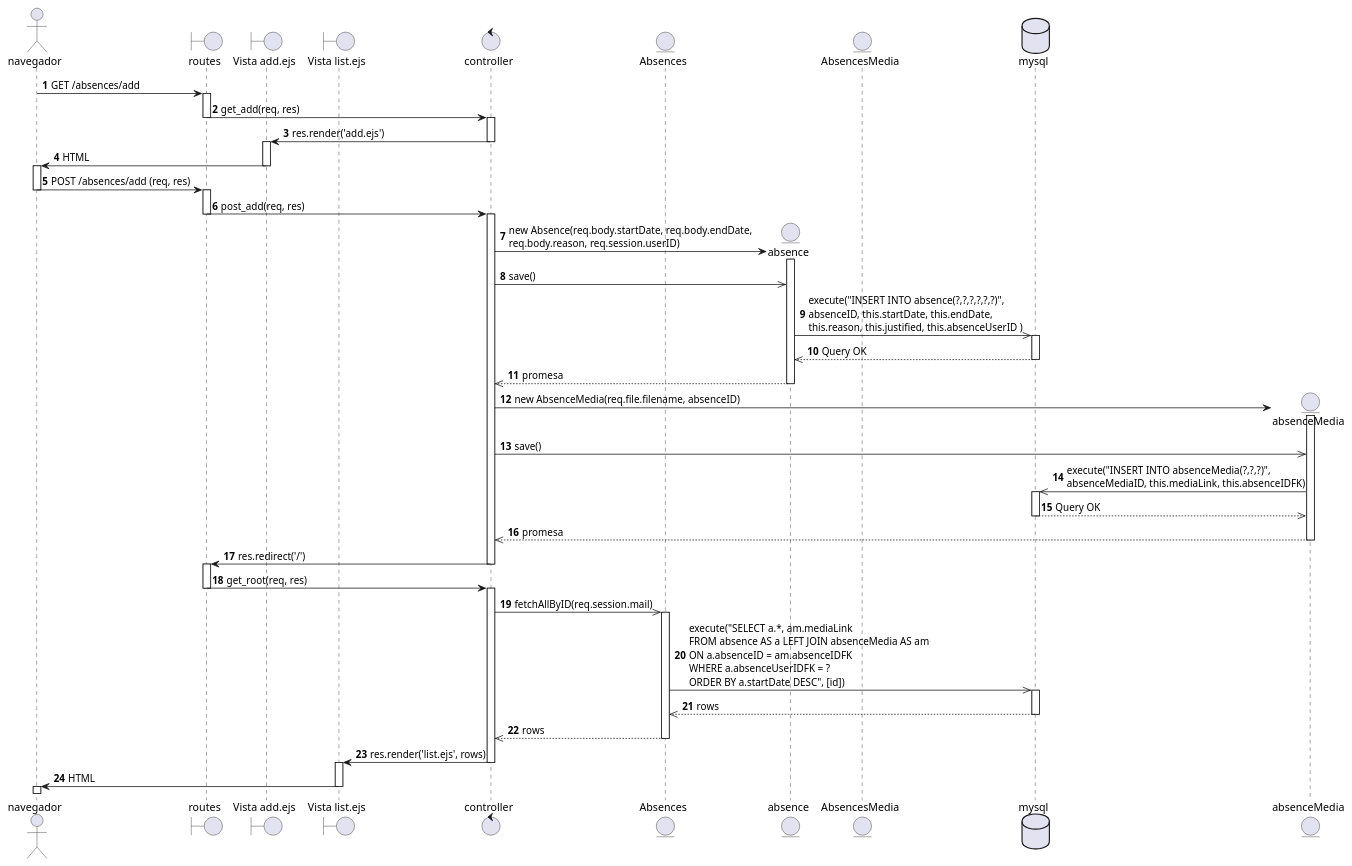
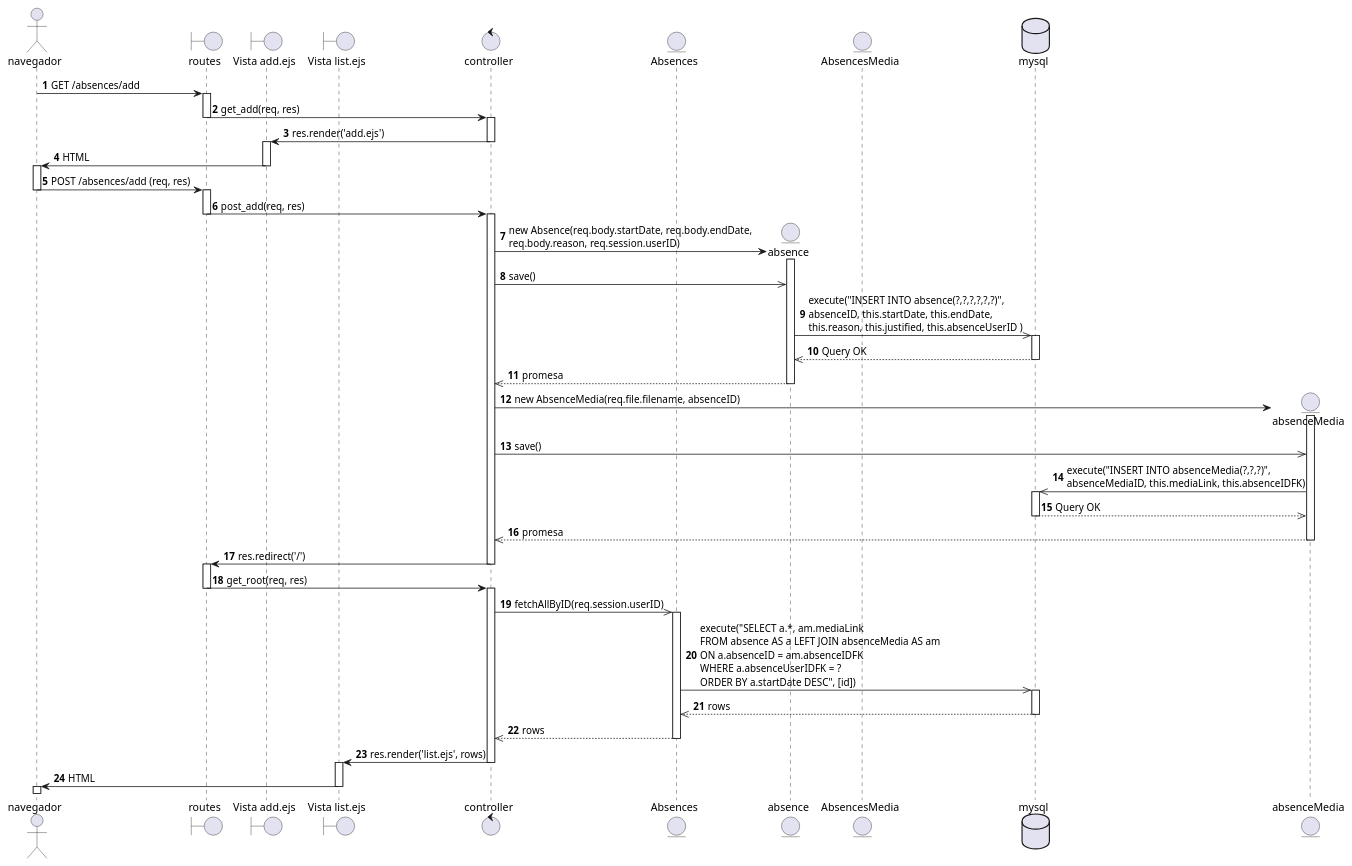
The diagram in diagrams/Casos de Uso/yael req fun/Diagramas de Secuencia/registrarAusencia.puml (EdCanCe/WorkCells), drawn with PlantUML before and after one commit. The commit also changed 1 other file, not shown here.

Commit message:
Update: cambios a funciones postAdd y getRoot

```diff
--- a/diagrams/Casos de Uso/yael req fun/Diagramas de Secuencia/registrarAusencia.puml
+++ b/diagrams/Casos de Uso/yael req fun/Diagramas de Secuencia/registrarAusencia.puml
@@ -1,79 +1,79 @@
 @startuml
 
 actor navegador
 boundary routes
 boundary "Vista add.ejs" as add
 boundary "Vista list.ejs" as list
 control controller
 
 autonumber
 navegador -> routes: GET /absences/add
 activate routes
 routes -> controller: get_add(req, res)
 deactivate routes
 activate controller
 controller -> add: res.render('add.ejs')
 deactivate controller
 activate add
 add -> navegador: HTML
 deactivate add
 activate navegador
 
 navegador -> routes: POST /absences/add (req, res)
 deactivate navegador
 activate routes
 routes -> controller: post_add(req, res)
 deactivate routes
 activate controller
 
 entity Absences
 
 create entity absence
 controller -> absence: new Absence(req.body.startDate, req.body.endDate, \nreq.body.reason, req.session.userID)
 activate absence
 controller ->> absence: save()
 
 entity AbsencesMedia
 database mysql
 
 absence ->> mysql: execute("INSERT INTO absence(?,?,?,?,?,?)",\nabsenceID, this.startDate, this.endDate, \nthis.reason, this.justified, this.absenceUserID )
 activate mysql
 mysql -->> absence: Query OK
 deactivate mysql
 absence -->> controller: promesa
 deactivate absence
 
 create entity absenceMedia
 controller -> absenceMedia: new AbsenceMedia(req.file.filename, absenceID)
 activate absenceMedia
 controller ->> absenceMedia : save()
 absenceMedia ->> mysql: execute("INSERT INTO absenceMedia(?,?,?)", \nabsenceMediaID, this.mediaLink, this.absenceIDFK)
 activate mysql
 mysql -->> absenceMedia: Query OK
 deactivate mysql
 absenceMedia -->> controller: promesa
 deactivate absenceMedia
 
 controller -> routes: res.redirect('/')
 deactivate controller
 
 activate routes
-routes -> controller: get_root(req, res)
+routes -> controller: get_root(req, res) 
 deactivate routes
 activate controller
-controller ->> Absences: fetchAllByID(req.session.mail)
+controller ->> Absences: fetchAllByID(req.session.userID)
 activate Absences
 Absences ->> mysql: execute("SELECT a.*, am.mediaLink \nFROM absence AS a LEFT JOIN absenceMedia AS am \nON a.absenceID = am.absenceIDFK \nWHERE a.absenceUserIDFK = ? \nORDER BY a.startDate DESC", [id])
 activate mysql
 mysql -->> Absences: rows
 deactivate mysql
 Absences -->> controller: rows
 deactivate Absences
 
 controller -> list: res.render('list.ejs', rows)
 deactivate controller
 activate list
 list -> navegador: HTML
 deactivate list
 activate navegador
 @enduml
```
